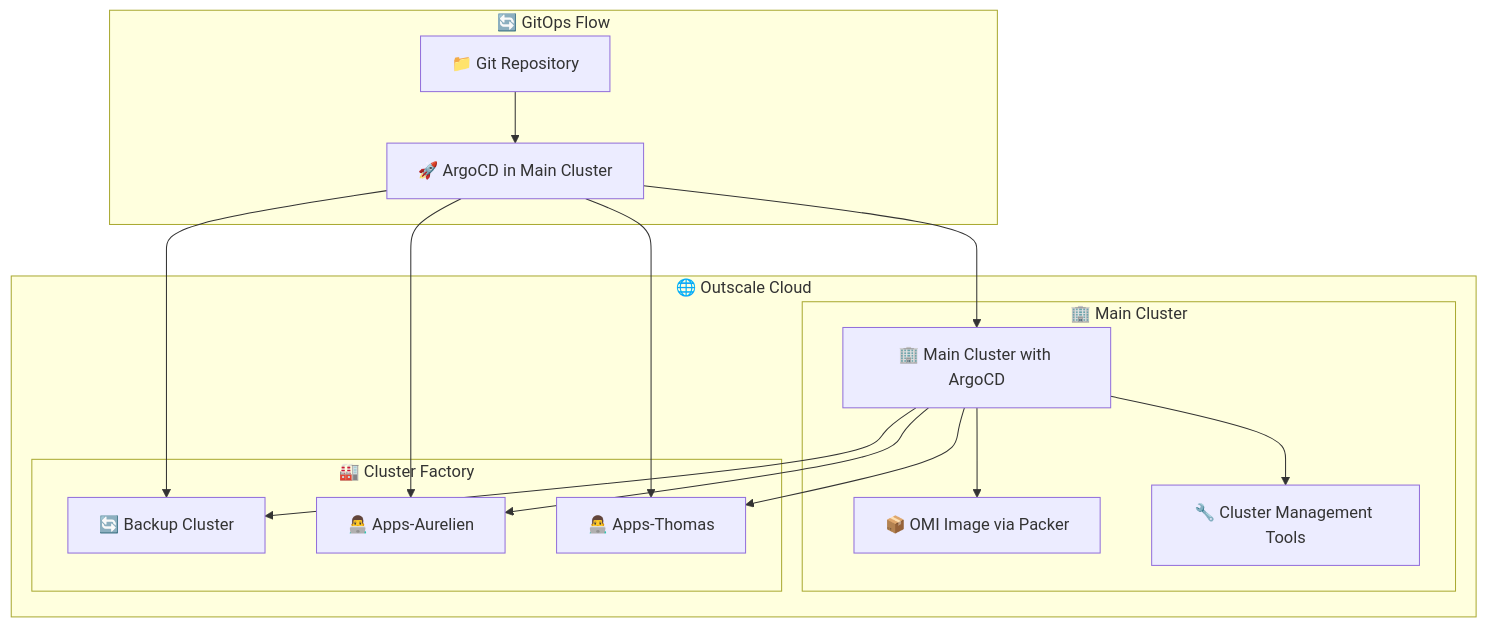
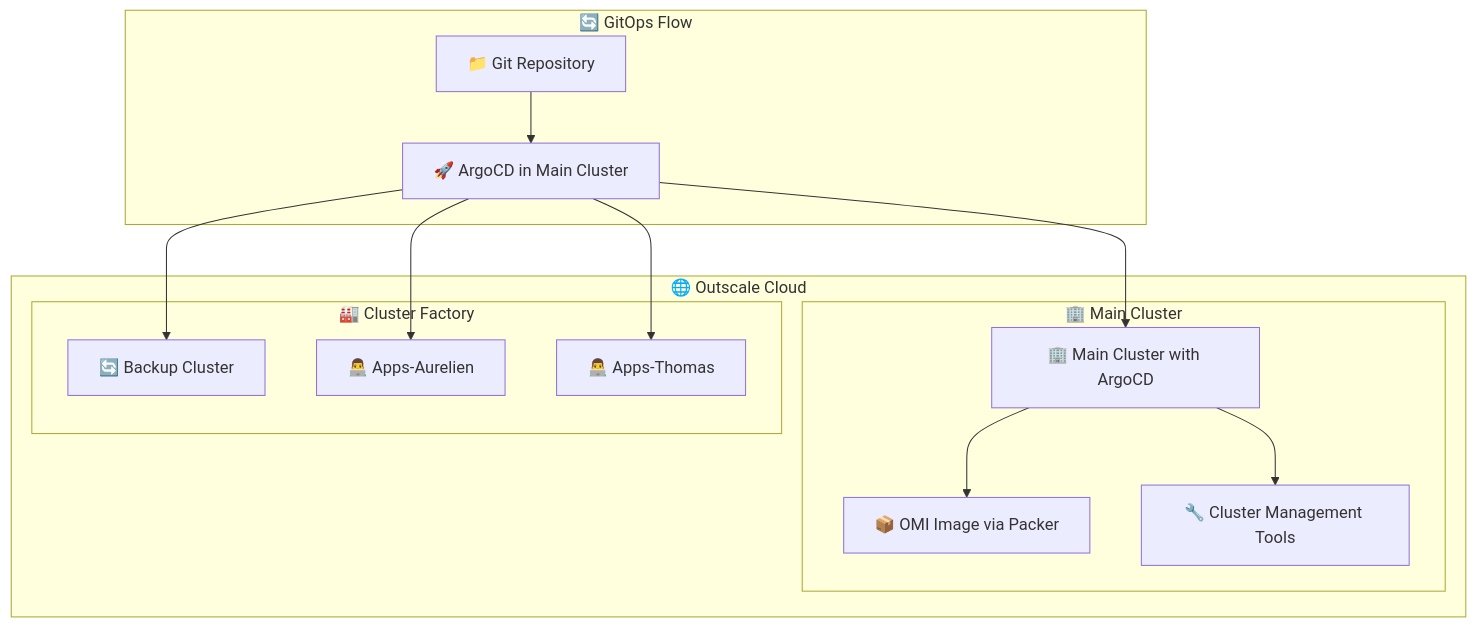
Before and after one commit to KubLand/.github: the diagram in profile/README.md, drawn with Mermaid.

Commit message:
docs: update schema

````diff
--- a/profile/README.md
+++ b/profile/README.md
@@ -30,28 +30,28 @@
 ```mermaid
 graph TB
     subgraph "🌐 Outscale Cloud"
         subgraph "🏢 Main Cluster"
             MAIN[🏢 Main Cluster with ArgoCD]
             MAIN --> OMI[📦 OMI Image via Packer]
             MAIN --> TOOLS[🔧 Cluster Management Tools]
         end
 
         subgraph "🏭 Cluster Factory"
-            MAIN --> BACKUP[🔄 Backup Cluster]
-            MAIN --> AURELIEN[👨‍💻 Apps-Aurelien]
-            MAIN --> THOMAS[👨‍💻 Apps-Thomas]
+            BACKUP[🔄 Backup Cluster]
+            AURELIEN[👨‍💻 Apps-Aurelien]
+            THOMAS[👨‍💻 Apps-Thomas]
         end
     end
 
     subgraph "🔄 GitOps Flow"
         GIT[📁 Git Repository]
         ARGO[🚀 ArgoCD in Main Cluster]
     end
 
     GIT --> ARGO
     ARGO --> MAIN
     ARGO --> BACKUP
     ARGO --> AURELIEN
     ARGO --> THOMAS
 
 ```
````
